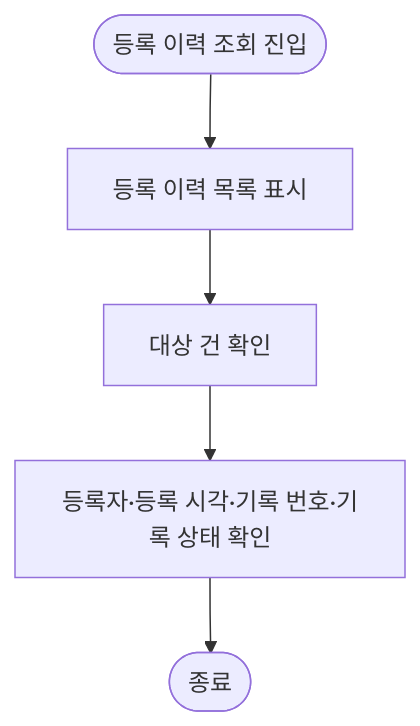
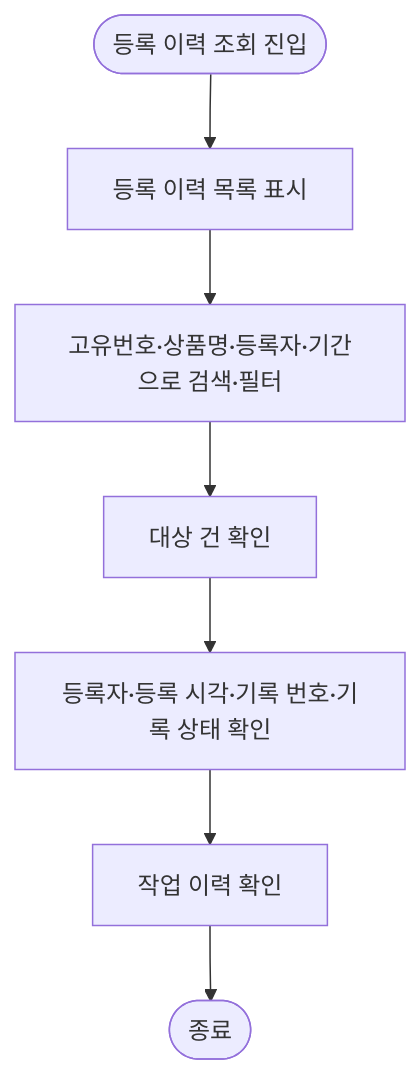
One commit to Soneungsu/Blockchain-Product-Authentication changed the seventh of 8 diagrams in BR/07-고객여정/관리자/03-유저플로우.md. Above: the diagram before and after it, drawn with Mermaid. The commit also changed other lines of this file and 29 other files, not shown here.

````diff
--- a/BR/07-고객여정/관리자/03-유저플로우.md
+++ b/BR/07-고객여정/관리자/03-유저플로우.md
@@ -117,7 +159,9 @@
 ```mermaid
 flowchart TD
     A([등록 이력 조회 진입]) --> B[등록 이력 목록 표시]
-    B --> C[대상 건 확인]
-    C --> D[등록자·등록 시각·기록 번호·기록 상태 확인]
-    D --> E([종료])
+    B --> C[고유번호·상품명·등록자·기간으로 검색·필터]
+    C --> D[대상 건 확인]
+    D --> E[등록자·등록 시각·기록 번호·기록 상태 확인]
+    E --> F[작업 이력 확인]
+    F --> G([종료])
 ```
````
